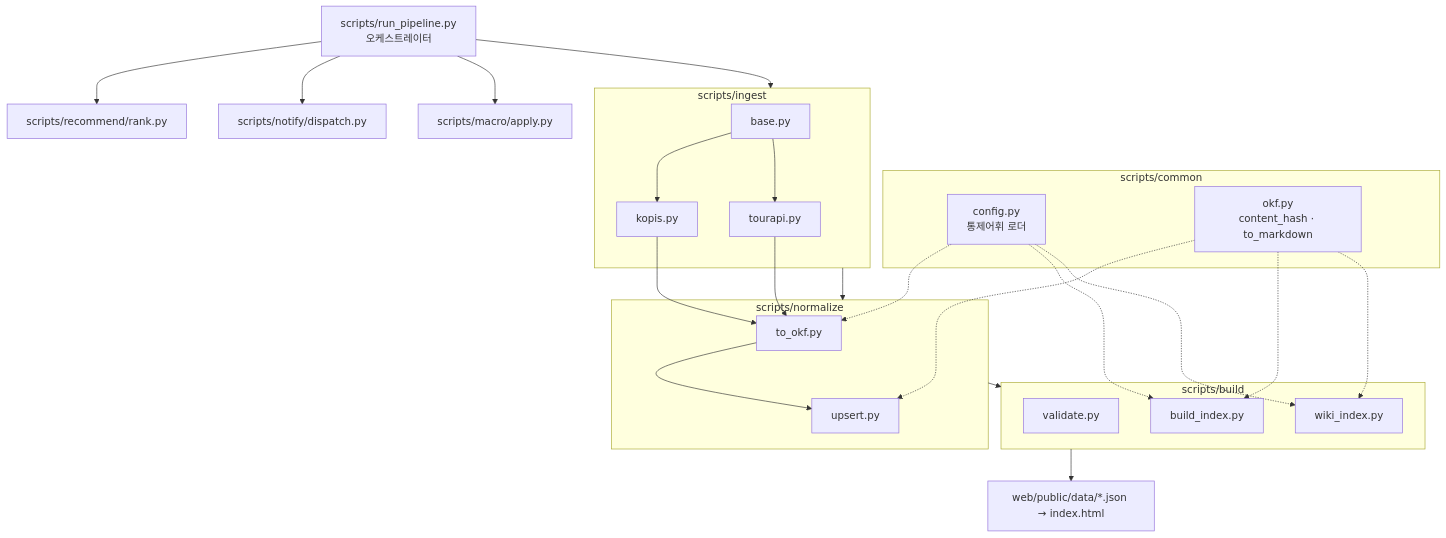
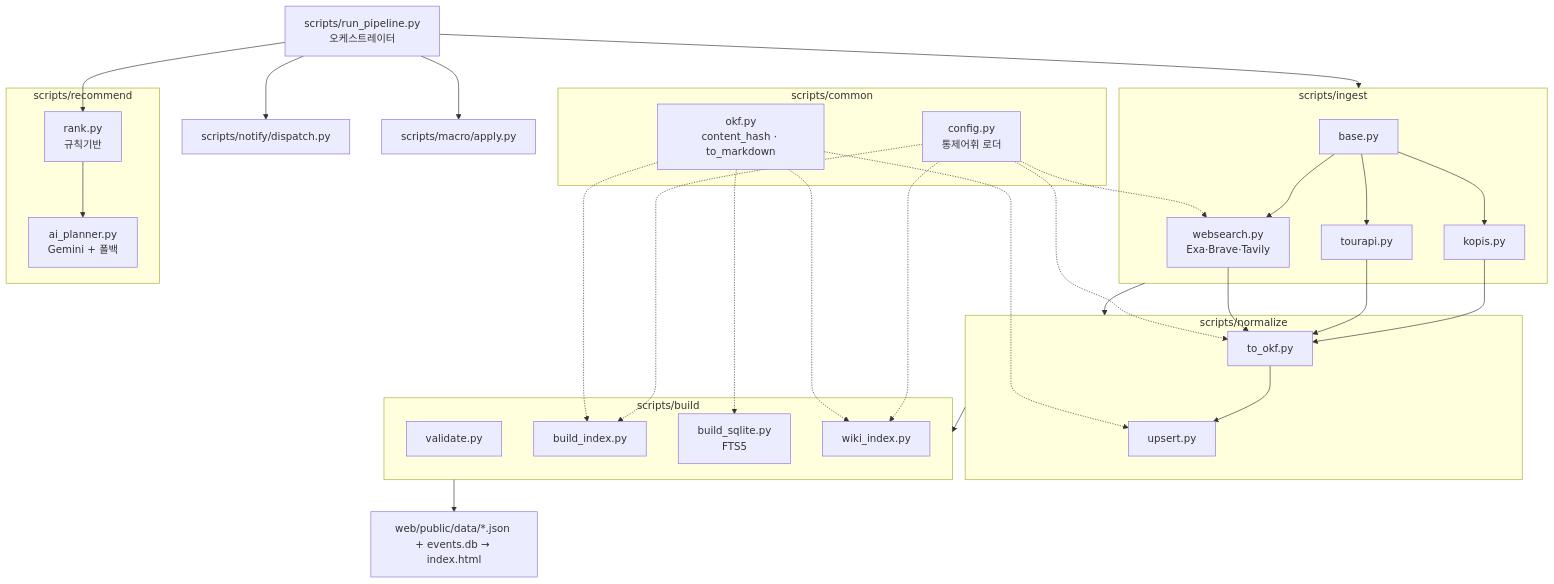
Before and after one commit to jellyggumi/happy-our-planning: the third of 3 diagrams in README.md, drawn with Mermaid. The commit also changed other lines of this file and 35 other files, not shown here.

Commit message:
feat: 2026 개선 — 웹검색 발견(Exa/Brave/Tavily)·SQLite(FTS5) 인덱스·Google AI Studio(Gemini) 플래너 + llm-wiki 유지

````diff
--- a/README.md
+++ b/README.md
@@ -81,34 +86,40 @@
 ```mermaid
 flowchart TB
   RP["scripts/run_pipeline.py<br/>오케스트레이터"]
 
   subgraph COMMON["scripts/common"]
     CFG["config.py<br/>통제어휘 로더"]
     OKF["okf.py<br/>content_hash · to_markdown"]
   end
   subgraph ING["scripts/ingest"]
     BASE[base.py]
     KO[kopis.py]
     TO[tourapi.py]
+    WSA["websearch.py<br/>Exa·Brave·Tavily"]
   end
   subgraph NORM["scripts/normalize"]
     T2O[to_okf.py]
     UPS[upsert.py]
   end
   subgraph BUILD["scripts/build"]
     VAL[validate.py]
     BI[build_index.py]
+    SQ["build_sqlite.py<br/>FTS5"]
     WI[wiki_index.py]
   end
-  REC["scripts/recommend/rank.py"]
+  subgraph REC2["scripts/recommend"]
+    REC["rank.py<br/>규칙기반"]
+    AIP["ai_planner.py<br/>Gemini + 폴백"]
+  end
   NOT["scripts/notify/dispatch.py"]
   MAC["scripts/macro/apply.py"]
 
   RP --> ING --> NORM --> BUILD
-  BASE --> KO & TO
-  KO & TO --> T2O --> UPS
-  CFG -.-> T2O & BI & WI
-  OKF -.-> UPS & BI & WI
+  BASE --> KO & TO & WSA
+  KO & TO & WSA --> T2O --> UPS
+  CFG -.-> T2O & BI & WI & WSA
+  OKF -.-> UPS & BI & WI & SQ
+  REC --> AIP
   RP --> REC & NOT & MAC
-  BUILD --> WEB["web/public/data/*.json → index.html"]
+  BUILD --> WEB["web/public/data/*.json + events.db → index.html"]
 ```
````
